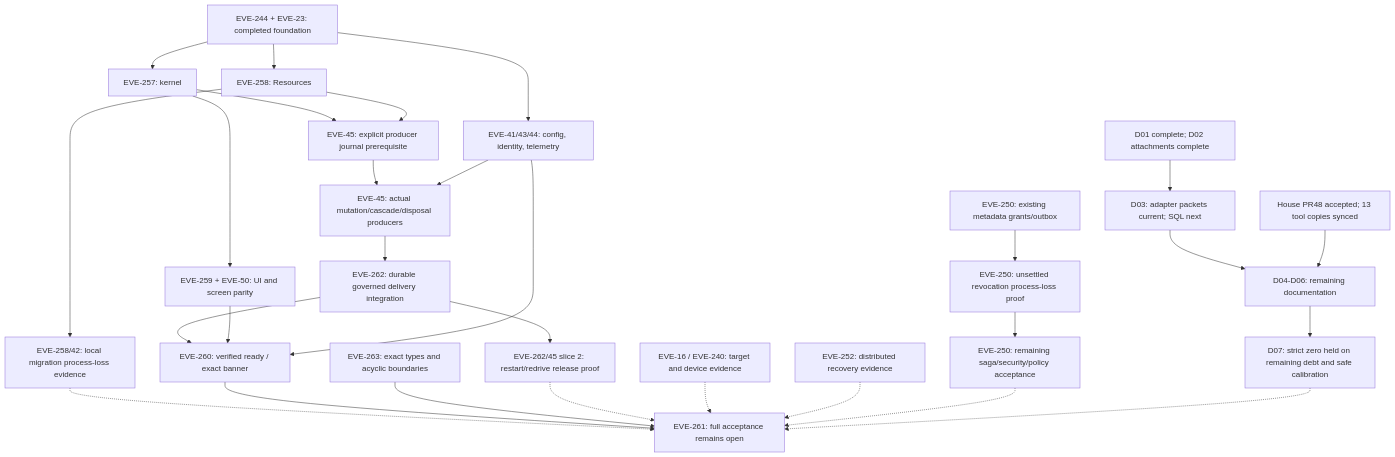
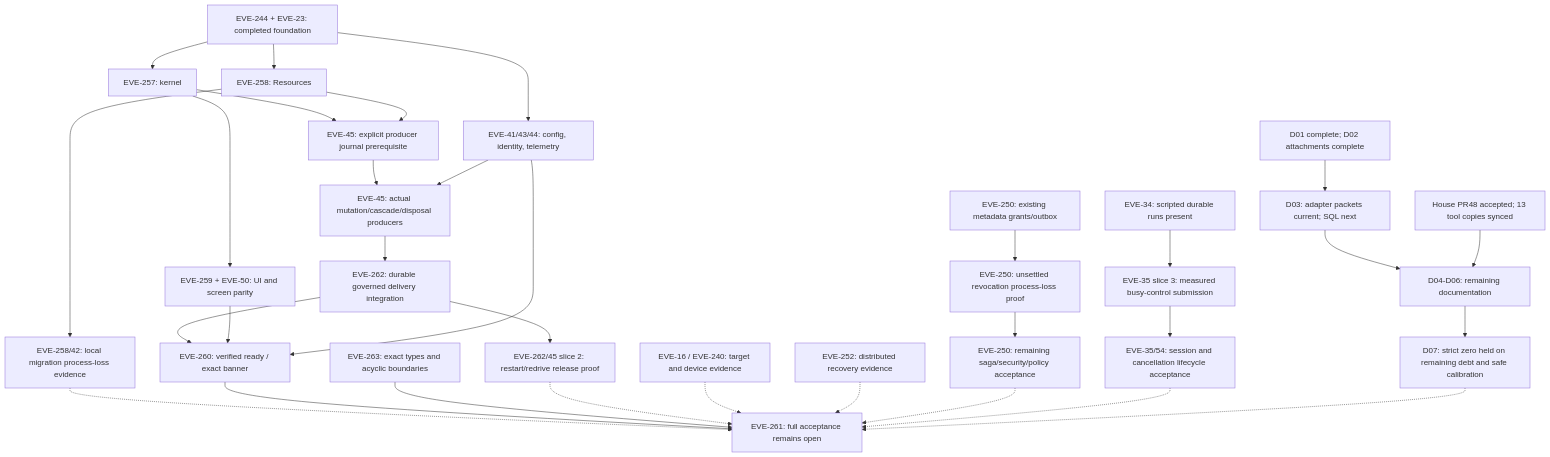
One commit to Resnovas/Eventiva changed the second of 6 diagrams in docs/planning/timeline.md. Above: the diagram before and after it, drawn with Mermaid. The commit also changed other lines of this file and 11 other files, not shown here.

First line of the commit message:
test(server): measure busy Interrupt signal responsiveness for EVE-35

````diff
--- a/docs/planning/timeline.md
+++ b/docs/planning/timeline.md
@@ -193,49 +194,55 @@
 ```mermaid
 flowchart TD
     F["EVE-244 + EVE-23: completed foundation"] --> K["EVE-257: kernel"]
     F --> R["EVE-258: Resources"]
     R --> REC["EVE-258/42: local migration process-loss evidence"]
     REC -.-> I["EVE-261: full acceptance remains open"]
     F --> C["EVE-41/43/44: config, identity, telemetry"]
     K --> J["EVE-45: explicit producer journal prerequisite"]
     R --> J
     J --> P["EVE-45: actual mutation/cascade/disposal producers"]
     C --> P
     P --> H["EVE-262: durable governed delivery integration"]
     H --> HR["EVE-262/45 slice 2: restart/redrive release proof"]
     K --> U["EVE-259 + EVE-50: UI and screen parity"]
     H --> B["EVE-260: verified ready / exact banner"]
     U --> B
     C --> B
     B --> I["EVE-261: full acceptance remains open"]
     T["EVE-263: exact types and acyclic boundaries"] --> I
     HR -.-> I
     N["EVE-16 / EVE-240: target and device evidence"] -.-> I
     D["EVE-252: distributed recovery evidence"] -.-> I
     M["EVE-250: existing metadata grants/outbox"] --> MR["EVE-250: unsettled revocation process-loss proof"]
     MR --> MA["EVE-250: remaining saga/security/policy acceptance"]
     MA -.-> I
+    AR["EVE-34: scripted durable runs present"] --> BC["EVE-35 slice 3: measured busy-control submission"]
+    BC --> AL["EVE-35/54: session and cancellation lifecycle acceptance"]
+    AL -.-> I
     DOC_A["D01 complete; D02 attachments complete"] --> DOC_B["D03: adapter packets current; SQL next"]
     DOC_B --> DOC_C["D04-D06: remaining documentation"]
     HOUSE_DOC["House PR48 accepted; 13 tool copies synced"] --> DOC_C
     DOC_C --> DOC_D["D07: strict zero held on remaining debt and safe calibration"]
     DOC_D -.-> I
     click F "https://linear.app/resnovas/issue/EVE-244"
     click K "https://linear.app/resnovas/issue/EVE-257"
     click R "https://linear.app/resnovas/issue/EVE-258"
     click REC "https://linear.app/resnovas/issue/EVE-258"
     click C "https://linear.app/resnovas/issue/EVE-44"
     click J "https://linear.app/resnovas/issue/EVE-45"
     click P "https://linear.app/resnovas/issue/EVE-45"
     click H "https://linear.app/resnovas/issue/EVE-262"
     click HR "https://linear.app/resnovas/issue/EVE-262"
     click U "https://linear.app/resnovas/issue/EVE-259"
     click B "https://linear.app/resnovas/issue/EVE-260"
     click I "https://linear.app/resnovas/issue/EVE-261"
     click T "https://linear.app/resnovas/issue/EVE-263"
     click N "https://linear.app/resnovas/issue/EVE-16"
     click D "https://linear.app/resnovas/issue/EVE-252"
     click M "https://linear.app/resnovas/issue/EVE-250"
     click MR "https://linear.app/resnovas/issue/EVE-250"
     click MA "https://linear.app/resnovas/issue/EVE-250"
+    click AR "https://linear.app/resnovas/issue/EVE-34"
+    click BC "https://linear.app/resnovas/issue/EVE-35"
+    click AL "https://linear.app/resnovas/issue/EVE-54"
 ```
````
